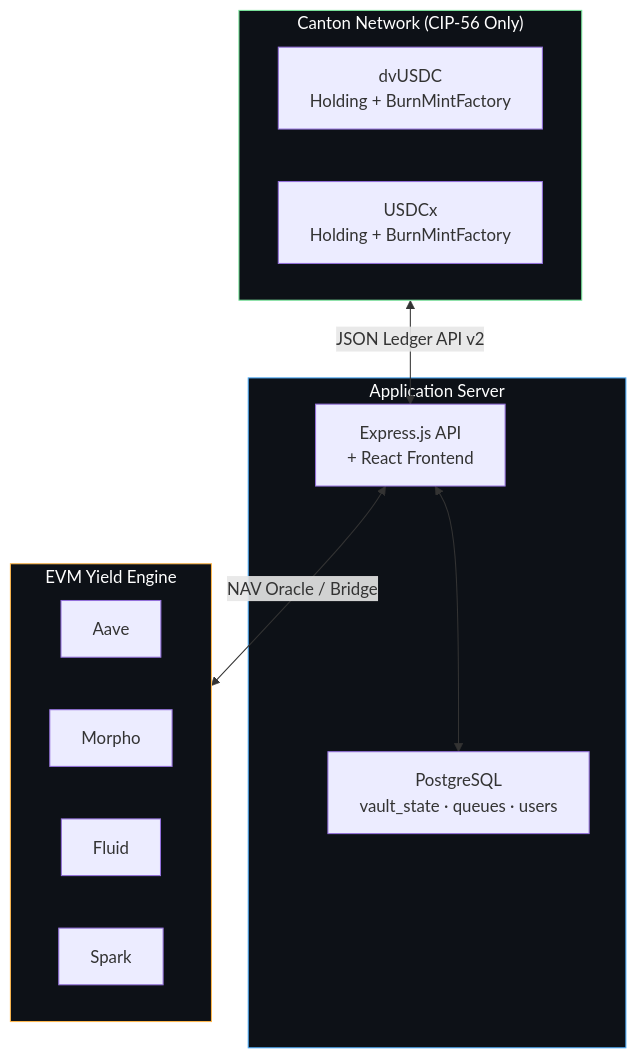
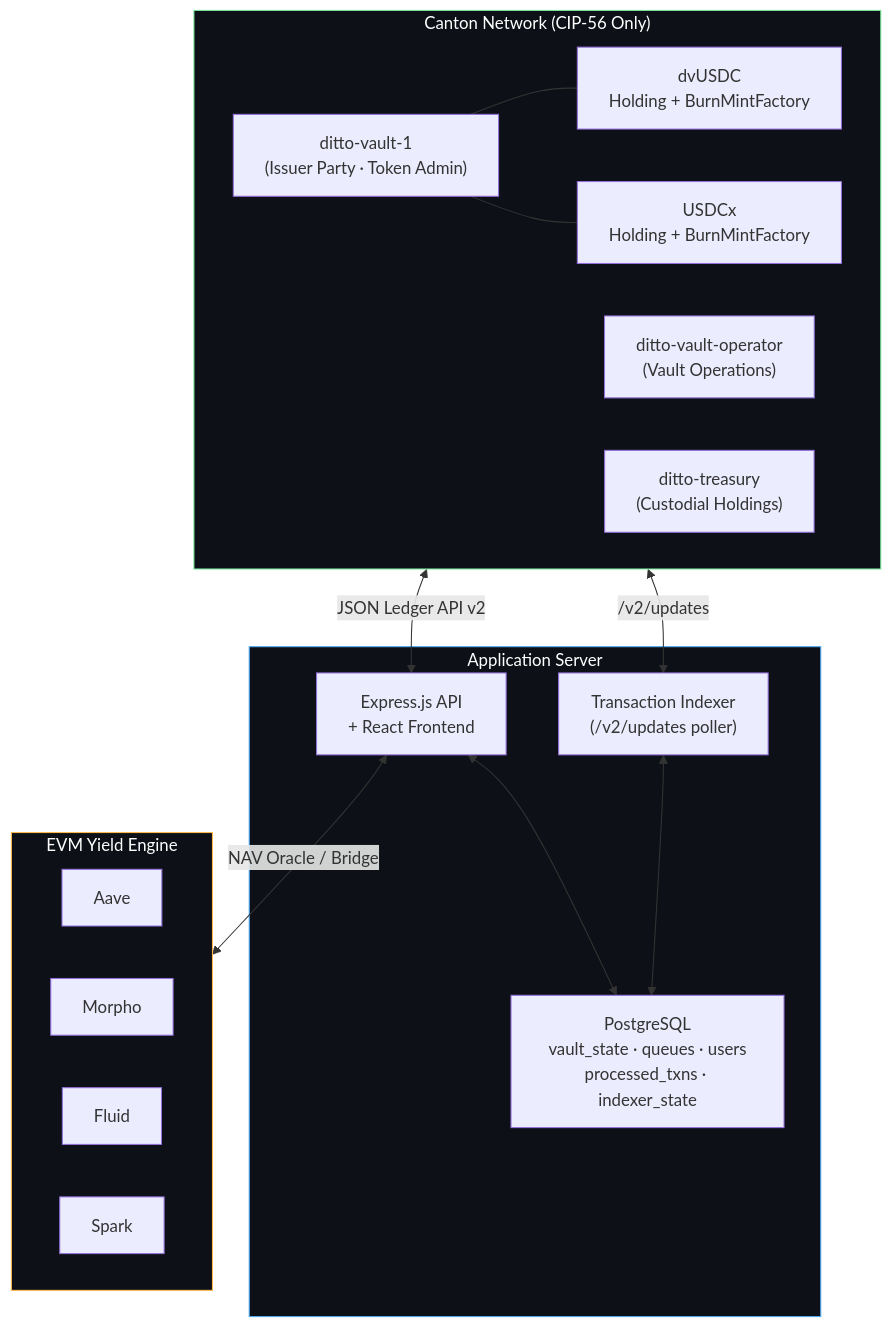
One commit to dittonetwork/ditto-ccvault changed the first of 13 diagrams in ARCHITECTURE.md. Above: the diagram before and after it, drawn with Mermaid. The commit also changed other lines of this file and 1 other file, not shown here.

First line of the commit message:
docs: update for v9 architecture — party separation, indexer, custodial USDCx

````diff
--- a/ARCHITECTURE.md
+++ b/ARCHITECTURE.md
@@ -35,28 +37,36 @@
 ```mermaid
 flowchart TB
     subgraph Canton["Canton Network (CIP-56 Only)"]
+        ISS["ditto-vault-1\n(Issuer Party · Token Admin)"]
+        OP["ditto-vault-operator\n(Vault Operations)"]
+        TR["ditto-treasury\n(Custodial Holdings)"]
         DV["dvUSDC\nHolding + BurnMintFactory"]
         UX["USDCx\nHolding + BurnMintFactory"]
+        ISS --- DV
+        ISS --- UX
     end
 
     subgraph App["Application Server"]
         BE["Express.js API\n+ React Frontend"]
-        DB["PostgreSQL\nvault_state · queues · users"]
+        IDX["Transaction Indexer\n(/v2/updates poller)"]
+        DB["PostgreSQL\nvault_state · queues · users\nprocessed_txns · indexer_state"]
         BE <--> DB
+        IDX <--> DB
     end
 
     subgraph EVM["EVM Yield Engine"]
         direction LR
         Aave
         Morpho
         Fluid
         Spark
     end
 
     Canton <-->|"JSON Ledger API v2"| BE
+    Canton <-->|"/v2/updates"| IDX
     BE <-->|"NAV Oracle / Bridge"| EVM
 
     style Canton fill:#0d1117,stroke:#7ae99d,color:#fff
     style App fill:#0d1117,stroke:#4dabf7,color:#fff
     style EVM fill:#0d1117,stroke:#ffb84d,color:#fff
 ```
````
